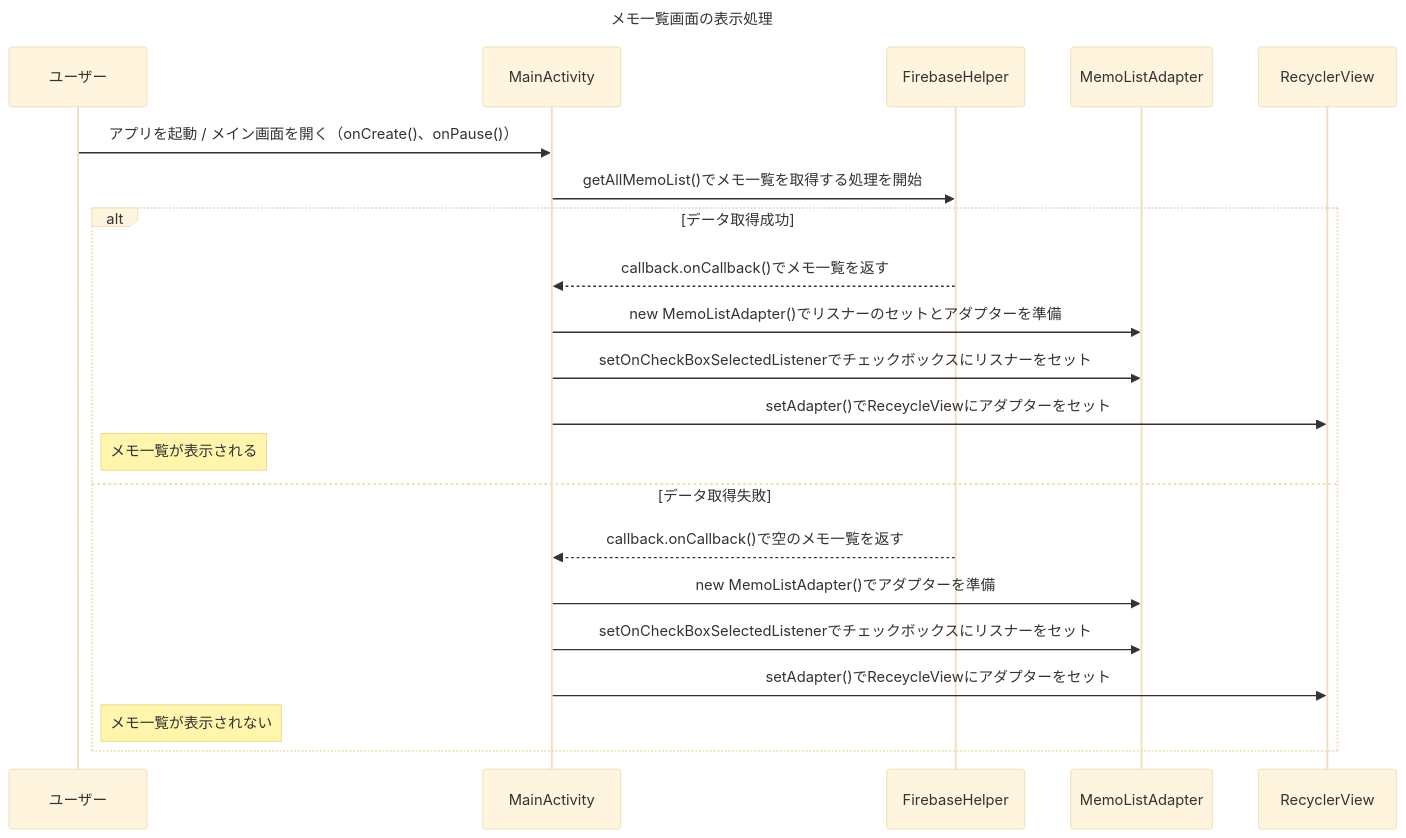
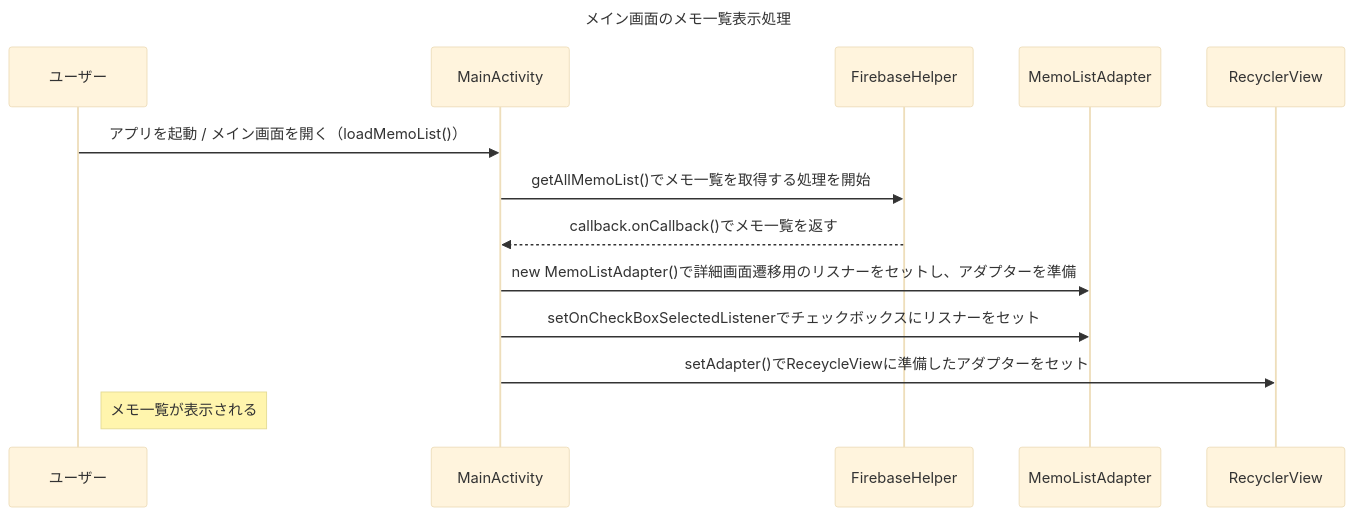
One commit to masu314/memo changed the first of 5 diagrams in README.md. Above: the diagram before and after it, drawn with Mermaid (base theme). The commit also changed other lines of this file, not shown here.

Commit message:
[update]README.md にメモ新規作成処理のシーケンス図を追加

````diff
--- a/README.md
+++ b/README.md
@@ -1,31 +1,19 @@
 ```mermaid
 sequenceDiagram
-    title メモ一覧画面の表示処理
+    title メイン画面のメモ一覧表示処理
     
     participant User as ユーザー
     participant Main as MainActivity
     participant Firebase as FirebaseHelper
     participant Adapter as MemoListAdapter
     participant Recycler as RecyclerView
 
-    %% --- 画面起動 ---
-    User ->> Main: アプリを起動 / メイン画面を開く（onCreate()、onPause()）
-
-    %% --- Firebaseからデータ取得 ---
+    User ->> Main: アプリを起動 / メイン画面を開く（loadMemoList()）
     Main->>Firebase: getAllMemoList()でメモ一覧を取得する処理を開始
 
-    alt データ取得成功
-        Firebase-->>Main: callback.onCallback()でメモ一覧を返す
-        Main->>Adapter: new MemoListAdapter()でリスナーのセットとアダプターを準備
-        Main->>Adapter: setOnCheckBoxSelectedListenerでチェックボックスにリスナーをセット
-        Main->>Recycler: setAdapter()でReceycleViewにアダプターをセット
-        note right of User: メモ一覧が表示される
-
-    else データ取得失敗
-        Firebase-->>Main: callback.onCallback()で空のメモ一覧を返す
-        Main->>Adapter: new MemoListAdapter()でアダプターを準備
-        Main->>Adapter: setOnCheckBoxSelectedListenerでチェックボックスにリスナーをセット
-        Main->>Recycler: setAdapter()でReceycleViewにアダプターをセット
-        note right of User: メモ一覧が表示されない
-    end
+    Firebase-->>Main: callback.onCallback()でメモ一覧を返す
+    Main->>Adapter: new MemoListAdapter()で詳細画面遷移用のリスナーをセットし、アダプターを準備
+    Main->>Adapter: setOnCheckBoxSelectedListenerでチェックボックスにリスナーをセット
+    Main->>Recycler: setAdapter()でReceycleViewに準備したアダプターをセット
+    note right of User: メモ一覧が表示される
 ```
````
